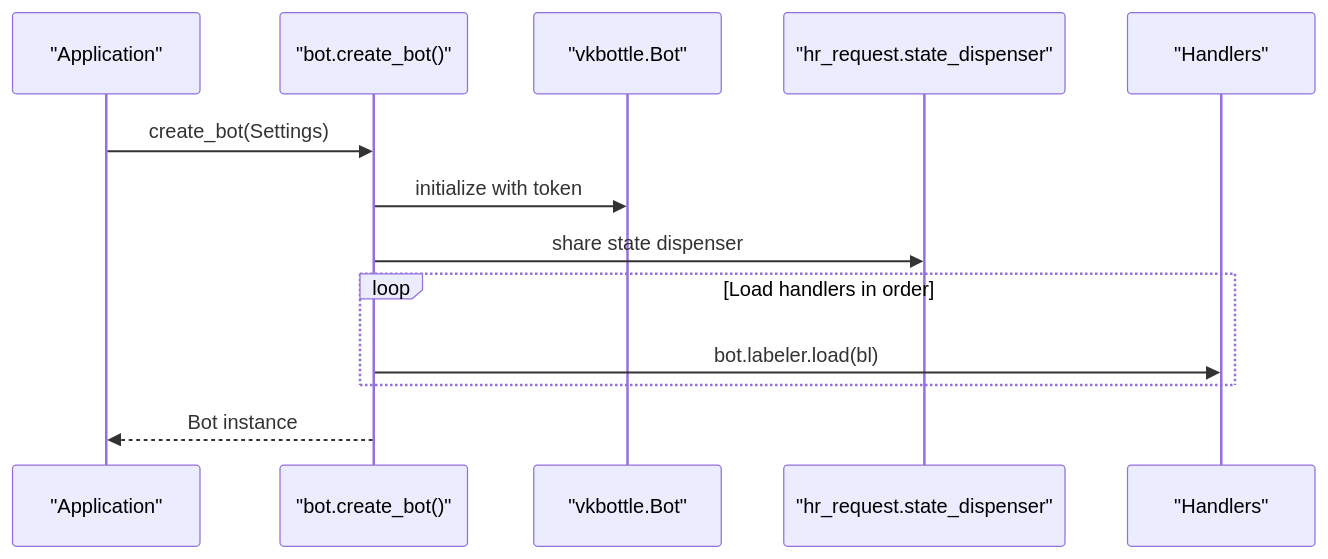
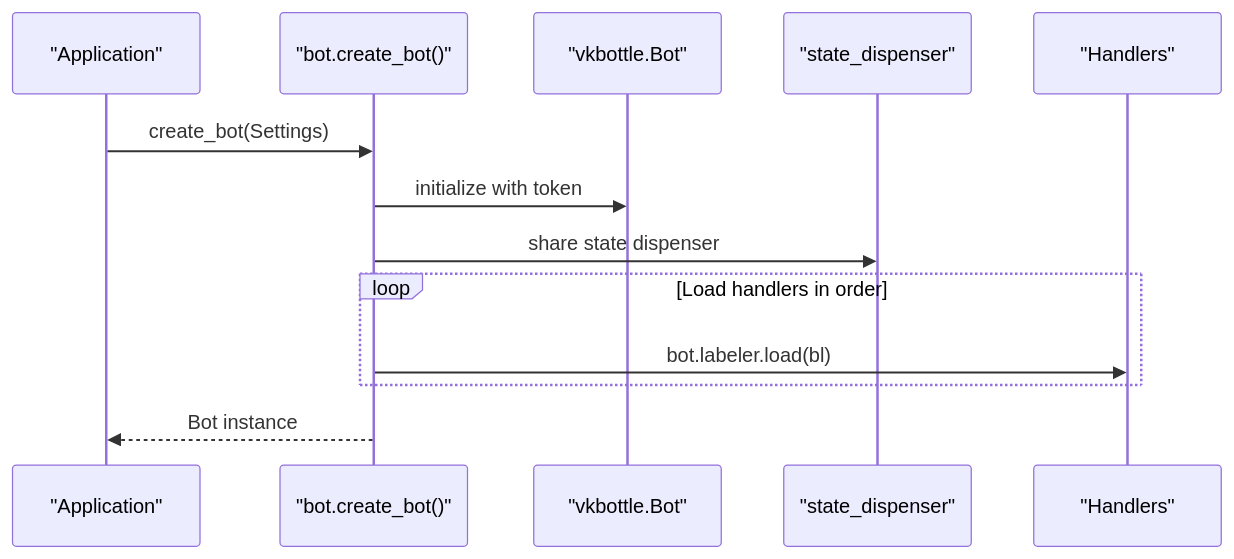
Before and after one commit to ognelis/cafetera_hr_bot: the fifth of 14 diagrams in .qoder/repowiki/en/content/VK Integration/Employment Lifecycle Management.md, drawn with Mermaid. The commit also changed other lines of this file and 16 other files, not shown here.

````diff
--- a/.qoder/repowiki/en/content/VK Integration/Employment Lifecycle Management.md
+++ b/.qoder/repowiki/en/content/VK Integration/Employment Lifecycle Management.md
@@ -214,15 +217,15 @@
 ```mermaid
 sequenceDiagram
 participant App as "Application"
 participant BotFactory as "bot.create_bot()"
 participant VKBot as "vkbottle.Bot"
-participant HR as "hr_request.state_dispenser"
+participant SD as "state_dispenser"
 participant Labelers as "Handlers"
 App->>BotFactory : create_bot(Settings)
 BotFactory->>VKBot : initialize with token
-BotFactory->>HR : share state dispenser
+BotFactory->>SD : share state dispenser
 loop Load handlers in order
 BotFactory->>Labelers : bot.labeler.load(bl)
 end
 BotFactory-->>App : Bot instance
 ```
````
